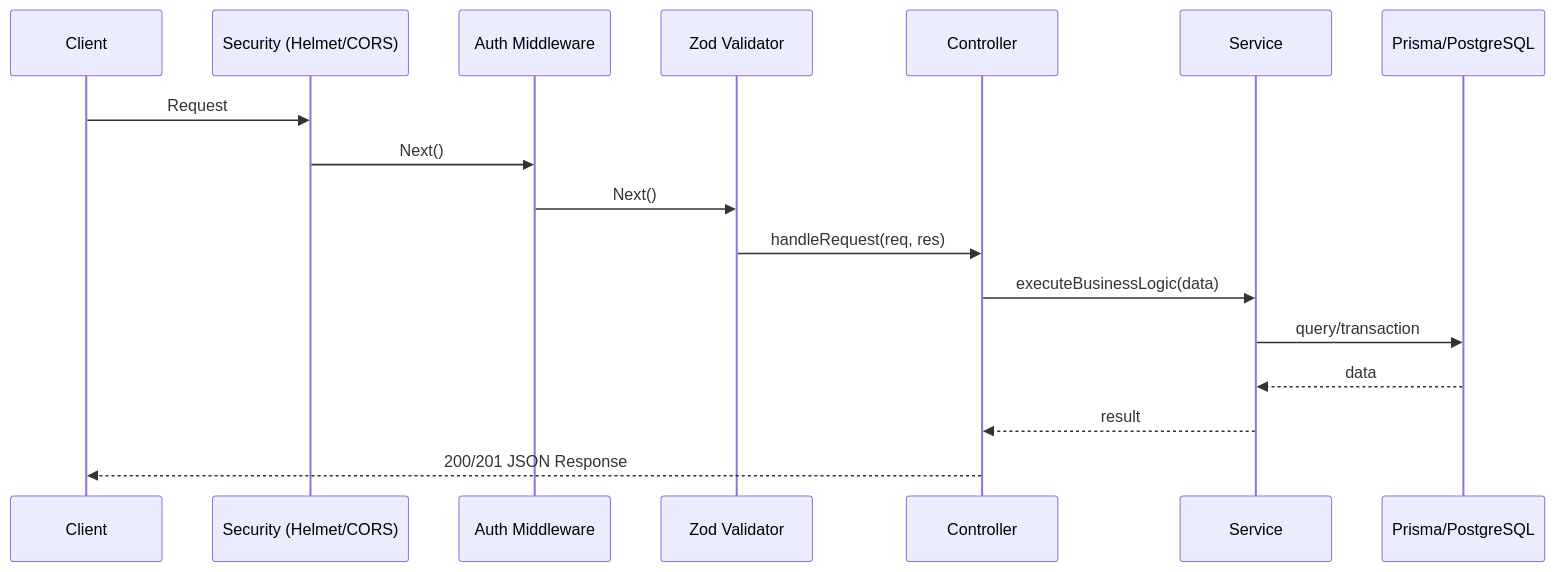
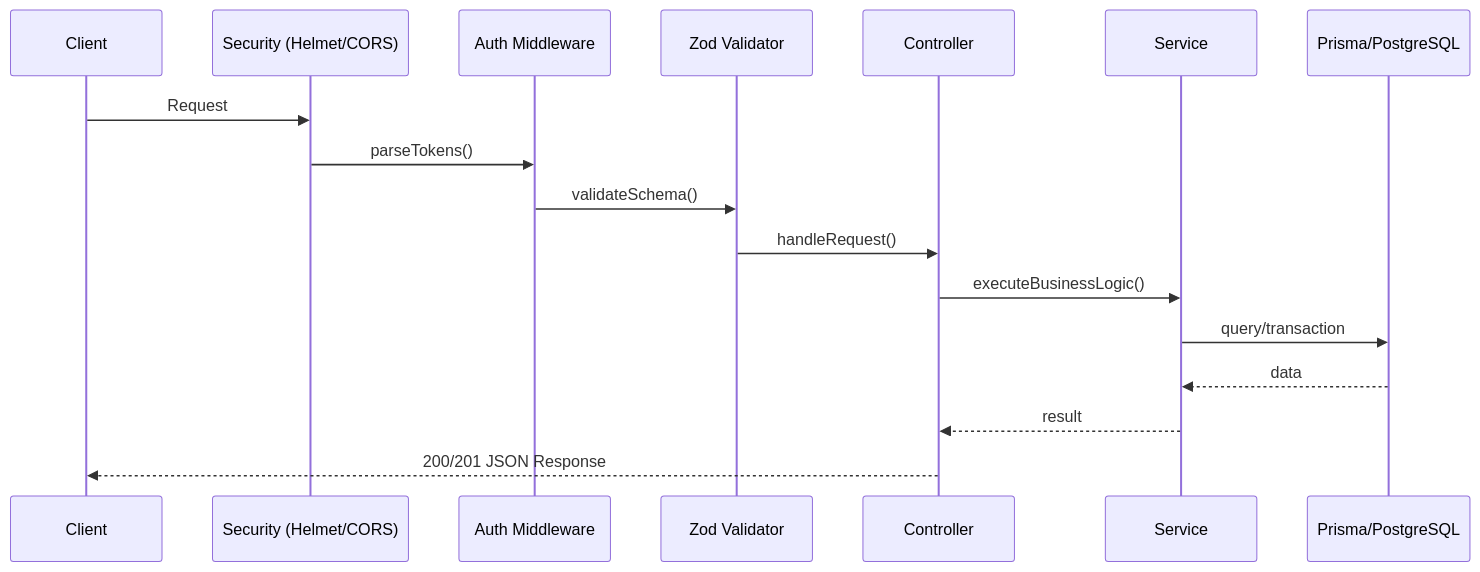
The second of 3 diagrams in src/docs/ARCHITECTURE.md (Nikolas-vl/bar-backend), drawn with Mermaid before and after one commit. The commit also changed other lines of this file and 5 other files, not shown here.

````diff
--- a/src/docs/ARCHITECTURE.md
+++ b/src/docs/ARCHITECTURE.md
@@ -27,20 +54,20 @@
 ```mermaid
 sequenceDiagram
     participant C as Client
     participant G as Security (Helmet/CORS)
     participant A as Auth Middleware
     participant V as Zod Validator
     participant Ctrl as Controller
     participant Svc as Service
     participant DB as Prisma/PostgreSQL
 
     C->>G: Request
-    G->>A: Next()
-    A->>V: Next()
-    V->>Ctrl: handleRequest(req, res)
-    Ctrl->>Svc: executeBusinessLogic(data)
+    G->>A: parseTokens()
+    A->>V: validateSchema()
+    V->>Ctrl: handleRequest()
+    Ctrl->>Svc: executeBusinessLogic()
     Svc->>DB: query/transaction
     DB-->>Svc: data
     Svc-->>Ctrl: result
     Ctrl-->>C: 200/201 JSON Response
 ```
````
